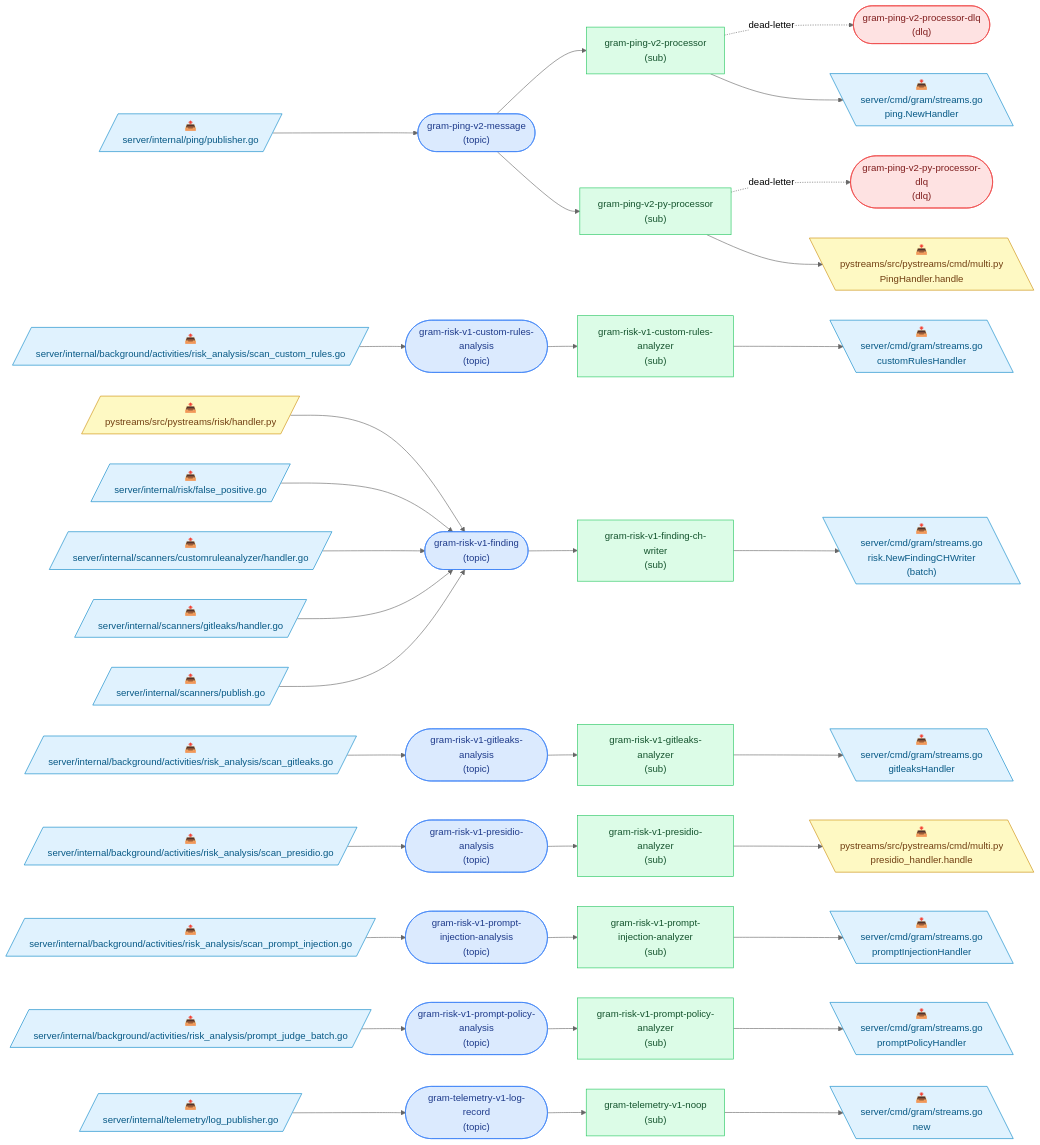
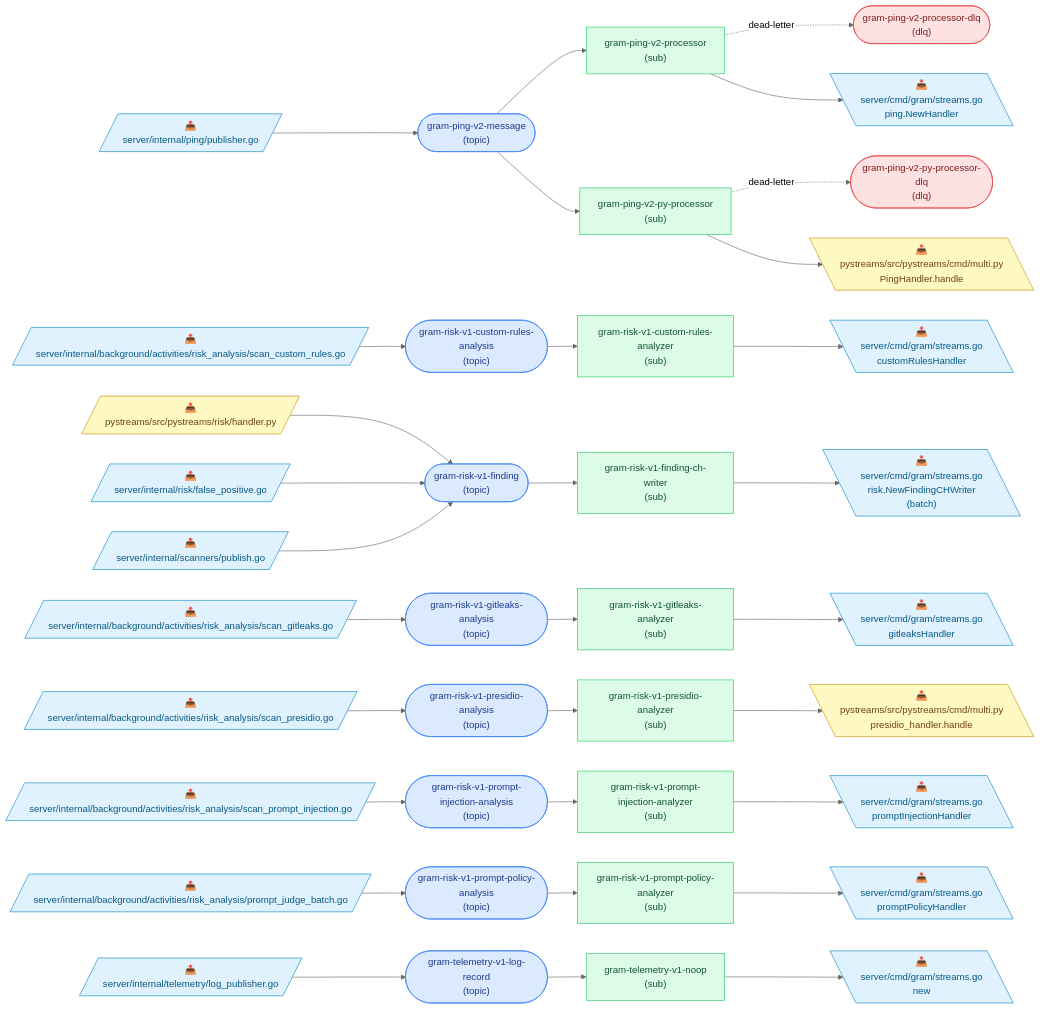
The diagram in docs/pubsub-topology.md (speakeasy-api/gram), drawn with Mermaid (neutral theme) before and after one commit. The commit also changed other lines of this file and 20 other files, not shown here.

````diff
--- a/docs/pubsub-topology.md
+++ b/docs/pubsub-topology.md
@@ -43,22 +43,18 @@
   p2 --> t_gram_risk_v1_finding
   p3[/"📤<br/>server/internal/risk/false_positive.go"/]:::go
   p3 --> t_gram_risk_v1_finding
-  p4[/"📤<br/>server/internal/scanners/customruleanalyzer/handler.go"/]:::go
+  p4[/"📤<br/>server/internal/scanners/publish.go"/]:::go
   p4 --> t_gram_risk_v1_finding
-  p5[/"📤<br/>server/internal/scanners/gitleaks/handler.go"/]:::go
-  p5 --> t_gram_risk_v1_finding
-  p6[/"📤<br/>server/internal/scanners/publish.go"/]:::go
-  p6 --> t_gram_risk_v1_finding
-  p7[/"📤<br/>server/internal/background/activities/risk_analysis/scan_gitleaks.go"/]:::go
-  p7 --> t_gram_risk_v1_gitleaks_analysis
-  p8[/"📤<br/>server/internal/background/activities/risk_analysis/scan_presidio.go"/]:::go
-  p8 --> t_gram_risk_v1_presidio_analysis
-  p9[/"📤<br/>server/internal/background/activities/risk_analysis/scan_prompt_injection.go"/]:::go
-  p9 --> t_gram_risk_v1_prompt_injection_analysis
-  p10[/"📤<br/>server/internal/background/activities/risk_analysis/prompt_judge_batch.go"/]:::go
-  p10 --> t_gram_risk_v1_prompt_policy_analysis
-  p11[/"📤<br/>server/internal/telemetry/log_publisher.go"/]:::go
-  p11 --> t_gram_telemetry_v1_log_record
+  p5[/"📤<br/>server/internal/background/activities/risk_analysis/scan_gitleaks.go"/]:::go
+  p5 --> t_gram_risk_v1_gitleaks_analysis
+  p6[/"📤<br/>server/internal/background/activities/risk_analysis/scan_presidio.go"/]:::go
+  p6 --> t_gram_risk_v1_presidio_analysis
+  p7[/"📤<br/>server/internal/background/activities/risk_analysis/scan_prompt_injection.go"/]:::go
+  p7 --> t_gram_risk_v1_prompt_injection_analysis
+  p8[/"📤<br/>server/internal/background/activities/risk_analysis/prompt_judge_batch.go"/]:::go
+  p8 --> t_gram_risk_v1_prompt_policy_analysis
+  p9[/"📤<br/>server/internal/telemetry/log_publisher.go"/]:::go
+  p9 --> t_gram_telemetry_v1_log_record
   t_gram_ping_v2_message --> s_gram_ping_v2_processor
   s_gram_ping_v2_processor -. dead-letter .-> t_gram_ping_v2_processor_dlq
   t_gram_ping_v2_message --> s_gram_ping_v2_py_processor
@@ -70,22 +66,22 @@
   t_gram_risk_v1_prompt_injection_analysis --> s_gram_risk_v1_prompt_injection_analyzer
   t_gram_risk_v1_prompt_policy_analysis --> s_gram_risk_v1_prompt_policy_analyzer
   t_gram_telemetry_v1_log_record --> s_gram_telemetry_v1_noop
-  c12[\"📥<br/>server/cmd/gram/streams.go<br/>ping.NewHandler"\]:::go
-  s_gram_ping_v2_processor --> c12
-  c13[\"📥<br/>pystreams/src/pystreams/cmd/multi.py<br/>PingHandler.handle"\]:::python
-  s_gram_ping_v2_py_processor --> c13
-  c14[\"📥<br/>server/cmd/gram/streams.go<br/>customRulesHandler"\]:::go
-  s_gram_risk_v1_custom_rules_analyzer --> c14
-  c15[\"📥<br/>server/cmd/gram/streams.go<br/>risk.NewFindingCHWriter<br/>(batch)"\]:::go
-  s_gram_risk_v1_finding_ch_writer --> c15
-  c16[\"📥<br/>server/cmd/gram/streams.go<br/>gitleaksHandler"\]:::go
-  s_gram_risk_v1_gitleaks_analyzer --> c16
-  c17[\"📥<br/>pystreams/src/pystreams/cmd/multi.py<br/>presidio_handler.handle"\]:::python
-  s_gram_risk_v1_presidio_analyzer --> c17
-  c18[\"📥<br/>server/cmd/gram/streams.go<br/>promptInjectionHandler"\]:::go
-  s_gram_risk_v1_prompt_injection_analyzer --> c18
-  c19[\"📥<br/>server/cmd/gram/streams.go<br/>promptPolicyHandler"\]:::go
-  s_gram_risk_v1_prompt_policy_analyzer --> c19
-  c20[\"📥<br/>server/cmd/gram/streams.go<br/>new"\]:::go
-  s_gram_telemetry_v1_noop --> c20
+  c10[\"📥<br/>server/cmd/gram/streams.go<br/>ping.NewHandler"\]:::go
+  s_gram_ping_v2_processor --> c10
+  c11[\"📥<br/>pystreams/src/pystreams/cmd/multi.py<br/>PingHandler.handle"\]:::python
+  s_gram_ping_v2_py_processor --> c11
+  c12[\"📥<br/>server/cmd/gram/streams.go<br/>customRulesHandler"\]:::go
+  s_gram_risk_v1_custom_rules_analyzer --> c12
+  c13[\"📥<br/>server/cmd/gram/streams.go<br/>risk.NewFindingCHWriter<br/>(batch)"\]:::go
+  s_gram_risk_v1_finding_ch_writer --> c13
+  c14[\"📥<br/>server/cmd/gram/streams.go<br/>gitleaksHandler"\]:::go
+  s_gram_risk_v1_gitleaks_analyzer --> c14
+  c15[\"📥<br/>pystreams/src/pystreams/cmd/multi.py<br/>presidio_handler.handle"\]:::python
+  s_gram_risk_v1_presidio_analyzer --> c15
+  c16[\"📥<br/>server/cmd/gram/streams.go<br/>promptInjectionHandler"\]:::go
+  s_gram_risk_v1_prompt_injection_analyzer --> c16
+  c17[\"📥<br/>server/cmd/gram/streams.go<br/>promptPolicyHandler"\]:::go
+  s_gram_risk_v1_prompt_policy_analyzer --> c17
+  c18[\"📥<br/>server/cmd/gram/streams.go<br/>new"\]:::go
+  s_gram_telemetry_v1_noop --> c18
 ```
````
